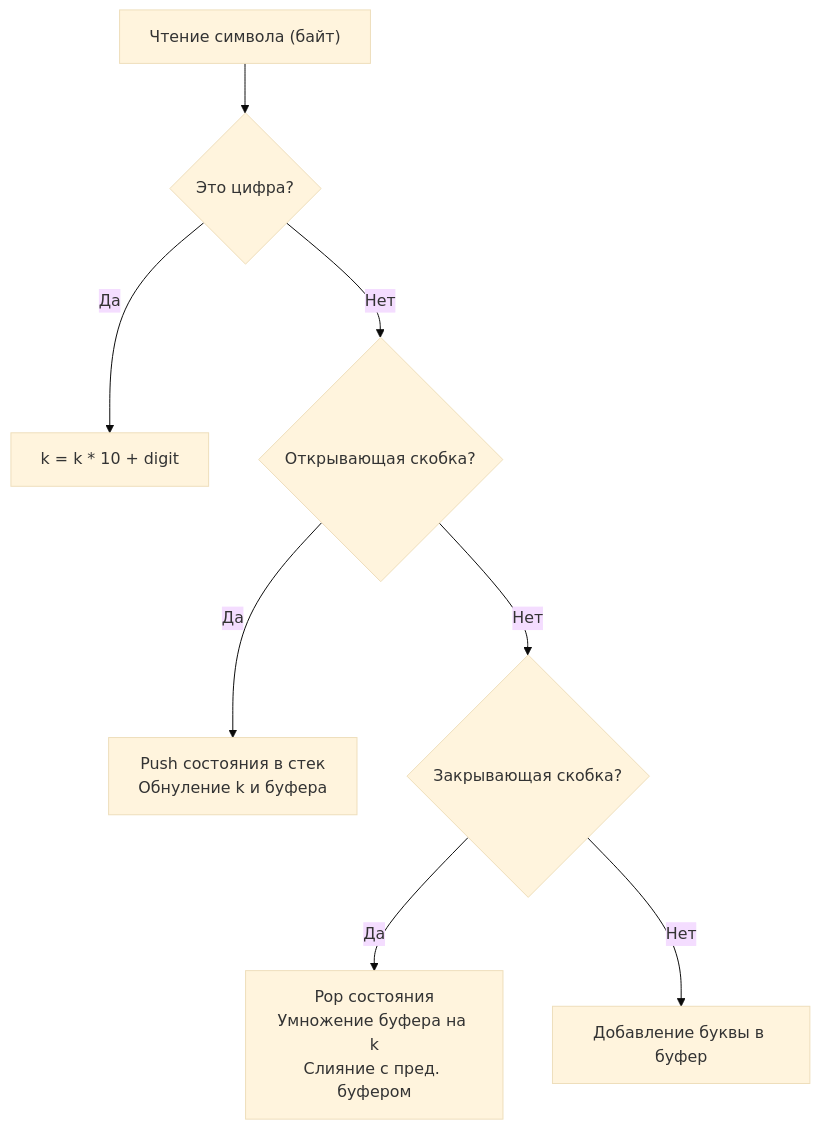
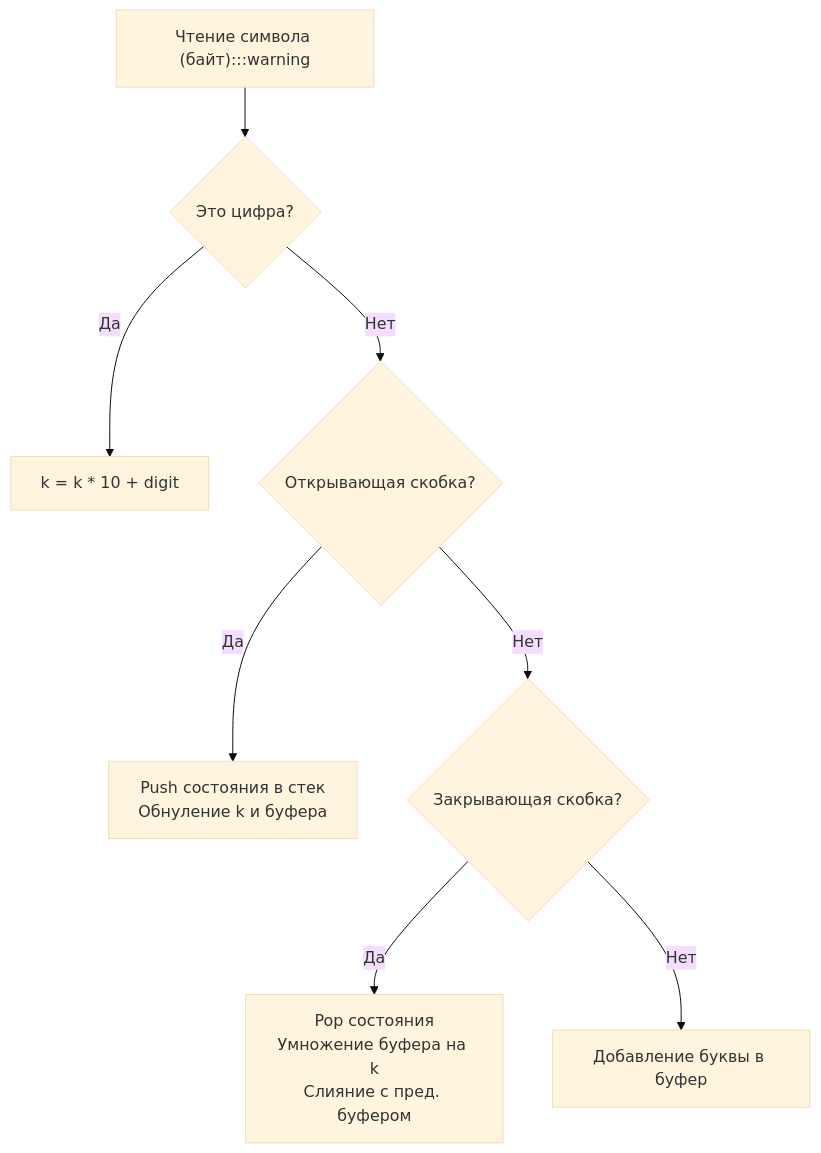
The diagram in sources/21. Задачи с LeetCode и собеседований на Go/02. Задачи/06. Стек/8. Decode String.md (UnrealTemplier/go-textbook), drawn with Mermaid (base theme) before and after one commit. The commit also changed 1666 other files, not shown here.

First line of the commit message:
feat(mermaid): add semantic color classDef to 1369 colorless flowchart/graph diagrams

````diff
--- a/sources/21. Задачи с LeetCode и собеседований на Go/02. Задачи/06. Стек/8. Decode String.md
+++ b/sources/21. Задачи с LeetCode и собеседований на Go/02. Задачи/06. Стек/8. Decode String.md
@@ -20,13 +20,23 @@
 ```mermaid
 flowchart TD
-    Char["Чтение символа (байт)"] --> IsDigit{"Это цифра?"}
+    classDef process  fill:#1e293b,stroke:#38bdf8,stroke-width:1px,color:#f8fafc
+    classDef success  fill:#064e3b,stroke:#34d399,stroke-width:1px,color:#f8fafc
+    classDef error    fill:#7f1d1d,stroke:#f87171,stroke-width:1px,color:#f8fafc
+    classDef warning  fill:#78350f,stroke:#fbbf24,stroke-width:1px,color:#f8fafc
+    classDef entry    fill:#1e3a5f,stroke:#38bdf8,stroke-width:2px,color:#f8fafc
+    classDef aux      fill:#334155,stroke:#64748b,stroke-width:1px,color:#f8fafc
+    classDef system   fill:#312e81,stroke:#a78bfa,stroke-width:1px,color:#f8fafc
+    classDef data     fill:#132d29,stroke:#2dd4bf,stroke-width:1px,color:#f8fafc
+    classDef network  fill:#881337,stroke:#fb7185,stroke-width:1px,color:#f8fafc
+    classDef accent   fill:#1e1b4b,stroke:#818cf8,stroke-width:1px,color:#f8fafc
+    Char["Чтение символа (байт):::warning"] --> IsDigit{"Это цифра?"}
     
     IsDigit -->|"Да"| BuildK["k = k * 10 + digit"]
     IsDigit -->|"Нет"| IsOpen{"Открывающая скобка?"}
     
     IsOpen -->|"Да"| PushState["Push состояния в стек<br>Обнуление k и буфера"]
     IsOpen -->|"Нет"| IsClose{"Закрывающая скобка?"}
     
     IsClose -->|"Да"| PopState["Pop состояния<br>Умножение буфера на k<br>Слияние с пред. буфером"]
     IsClose -->|"Нет"| AddChar["Добавление буквы в буфер"]
 ```
````
